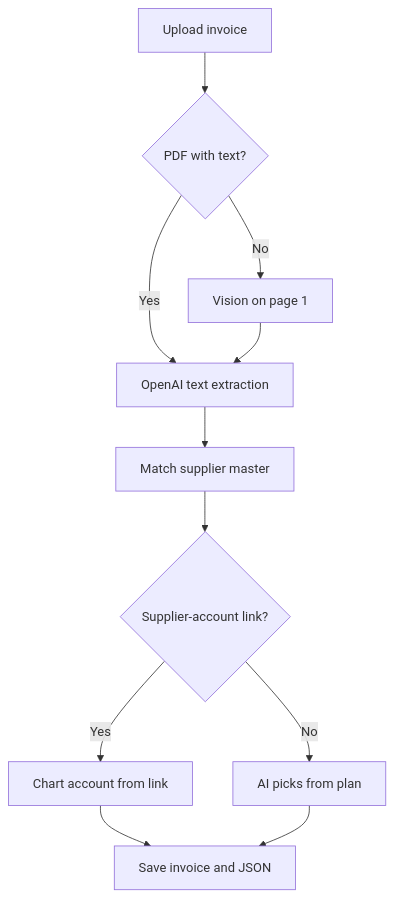
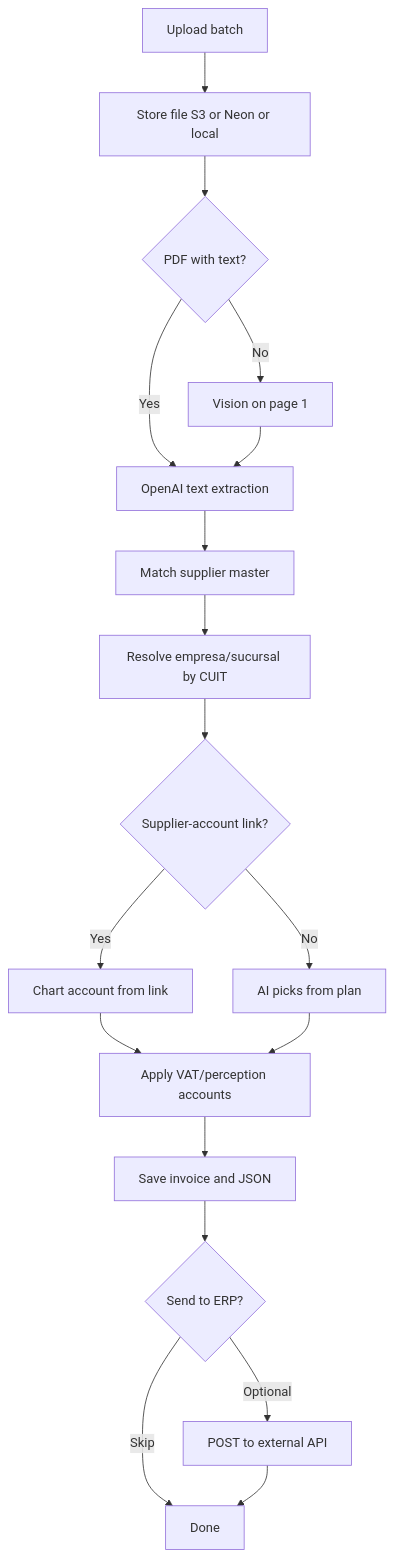
One commit to Juamp1Sch/Facturear changed the second of 4 diagrams in README.md. Above: the diagram before and after it, drawn with Mermaid. The commit also changed other lines of this file, not shown here.

````diff
--- a/README.md
+++ b/README.md
@@ -58,13 +144,20 @@
 ```mermaid
 flowchart TD
-  upload[Upload invoice] --> ocr{PDF with text?}
+  upload[Upload batch] --> store[Store file S3 or Neon or local]
+  store --> ocr{PDF with text?}
   ocr -->|Yes| textAI[OpenAI text extraction]
   ocr -->|No| vision[Vision on page 1]
   vision --> textAI
   textAI --> supplier[Match supplier master]
-  supplier --> account{Supplier-account link?}
+  supplier --> cuit[Resolve empresa/sucursal by CUIT]
+  cuit --> account{Supplier-account link?}
   account -->|Yes| chartLink[Chart account from link]
   account -->|No| chartAI[AI picks from plan]
-  chartLink --> save[Save invoice and JSON]
-  chartAI --> save
+  chartLink --> tax[Apply VAT/perception accounts]
+  chartAI --> tax
+  tax --> save[Save invoice and JSON]
+  save --> erp{Send to ERP?}
+  erp -->|Optional| apiPost[POST to external API]
+  erp -->|Skip| done[Done]
+  apiPost --> done
 ```
````
